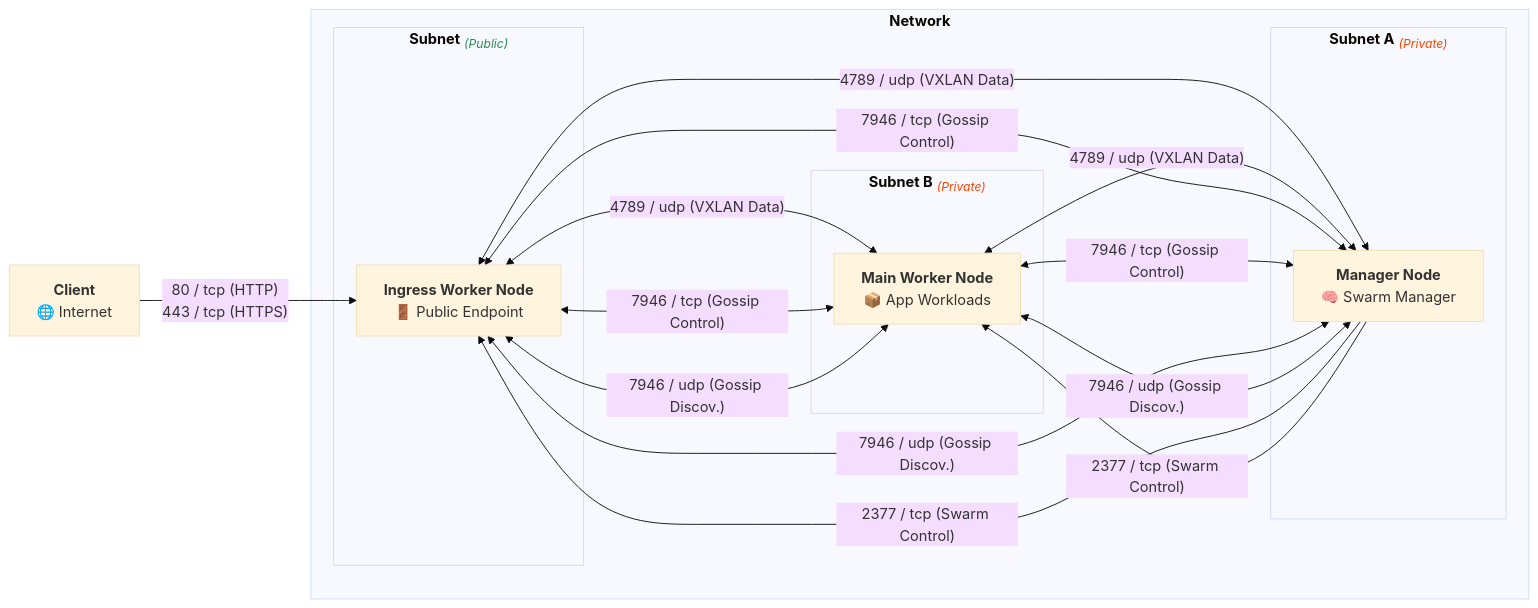
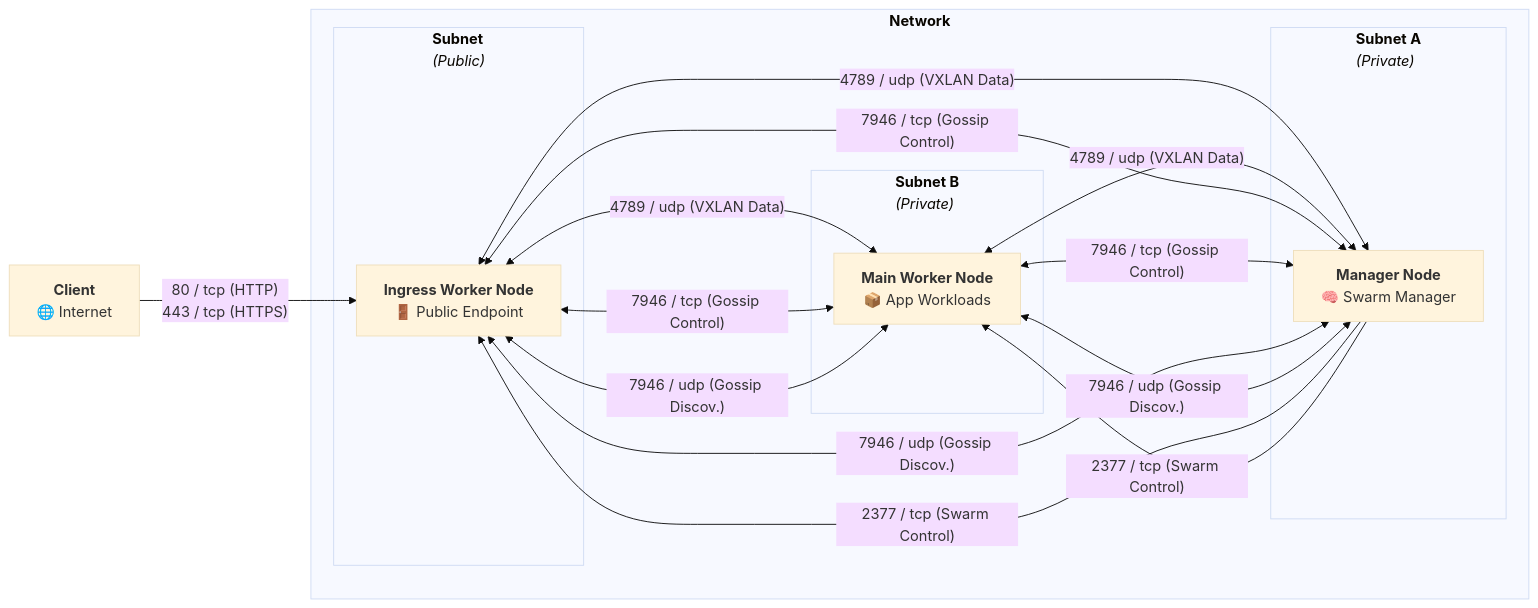
Before and after one commit to cloud-skeleton/prerequisites: the diagram in README.md, drawn with Mermaid (base theme).

````diff
--- a/README.md
+++ b/README.md
@@ -38,43 +38,43 @@
 ```mermaid
 graph LR
 
   external_client["<b>Client</b><br>🌐 Internet"]
 
   subgraph "<b>Network</b>"
 
-    subgraph "<b>Subnet</b> <sub style='color:seagreen'><i>(Public)</i></sub>"
+    subgraph "<b>Subnet</b><br><i>(Public)</i>"
       ingress["<b>Ingress Worker Node</b><br>🚪 Public Endpoint"]
     end
 
-    subgraph "<b>Subnet A</b> <sub style='color:orangered'><i>(Private)</i>"
+    subgraph "<b>Subnet A</b><br><i>(Private)</i>"
       manager["<b>Manager Node</b><br>🧠 Swarm Manager"]
     end
 
-    subgraph "<b>Subnet B</b> <sub style='color:orangered'><i>(Private)</i>"
+    subgraph "<b>Subnet B</b><br><i>(Private)</i>"
       worker["<b>Main Worker Node</b><br>📦 App Workloads"]
     end
 
   end
 
   %% External access
   external_client -->|"80 / tcp (HTTP)<br>443 / tcp (HTTPS)"| ingress
 
   %% Overlay network (VXLAN)
   ingress <-->|"4789 / udp (VXLAN Data)"| worker
   ingress <-->|"4789 / udp (VXLAN Data)"| manager
   worker <-->|"4789 / udp (VXLAN Data)"| manager
 
   %% Swarm management (one-way)
   manager -->|"2377 / tcp (Swarm Control)"| ingress
   manager -->|"2377 / tcp (Swarm Control)"| worker
 
   %% Gossip - TCP
   ingress <-->|"7946 / tcp (Gossip Control)"| manager
   worker <-->|"7946 / tcp (Gossip Control)"| manager
   worker <-->|"7946 / tcp (Gossip Control)"| ingress
 
   %% Gossip - UDP
   ingress <-->|"7946 / udp (Gossip Discov.)"| manager
   worker <-->|"7946 / udp (Gossip Discov.)"| manager
   worker <-->|"7946 / udp (Gossip Discov.)"| ingress
 ```
````
